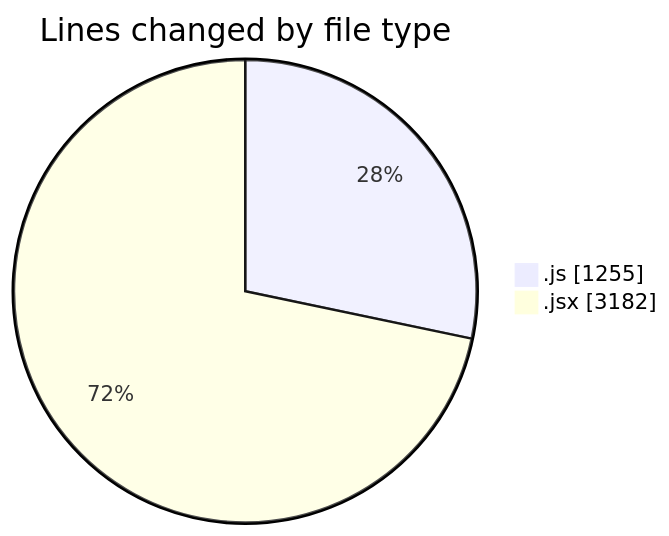
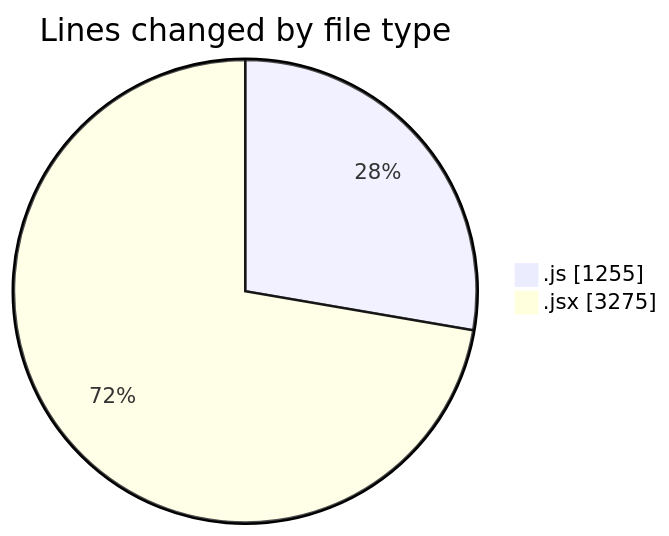
The first of 2 diagrams in 2025-10-10/nxtqube_webapp/README.md (nxtqubesakshisongat/code-tracking), drawn with Mermaid before and after one commit. The commit also changed other lines of this file and 1 other file, not shown here.

````diff
--- a/2025-10-10/nxtqube_webapp/README.md
+++ b/2025-10-10/nxtqube_webapp/README.md
@@ -27,6 +27,6 @@
 ```mermaid
 pie showData
 title Lines changed by file type
 ".js" : 1255
-".jsx" : 3182
+".jsx" : 3275
 ```
````
